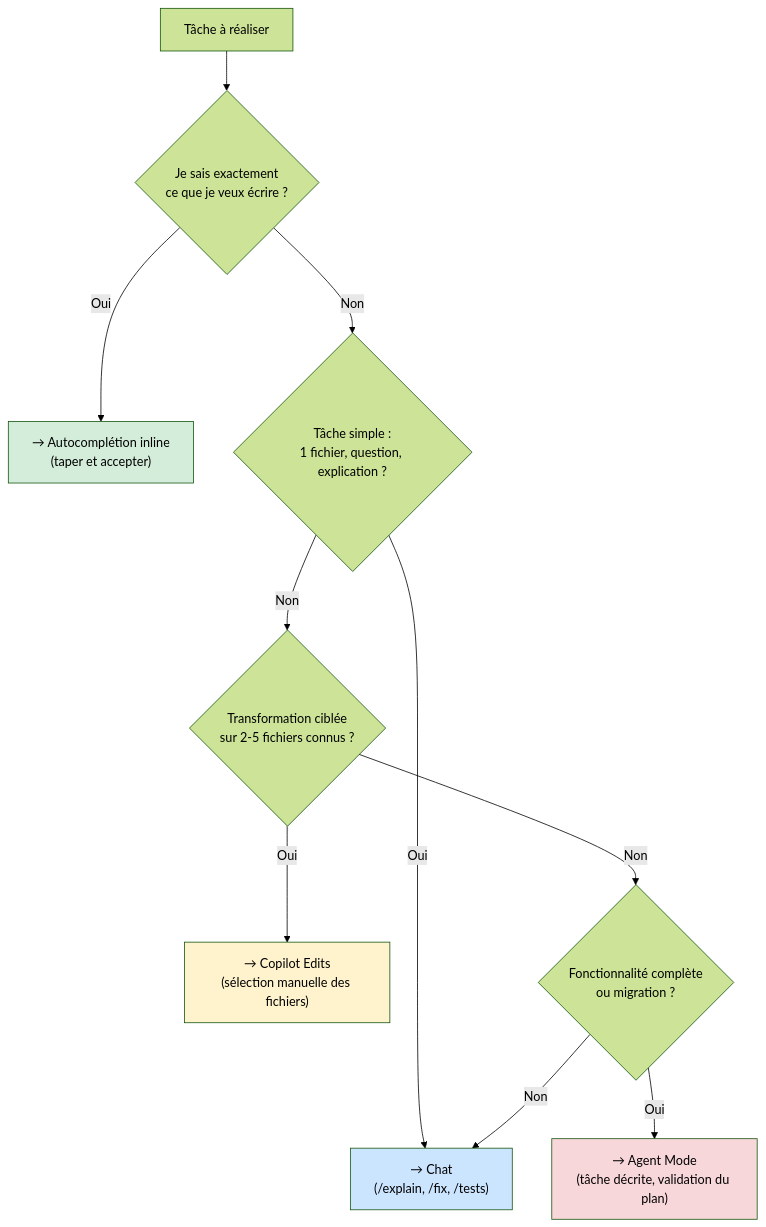
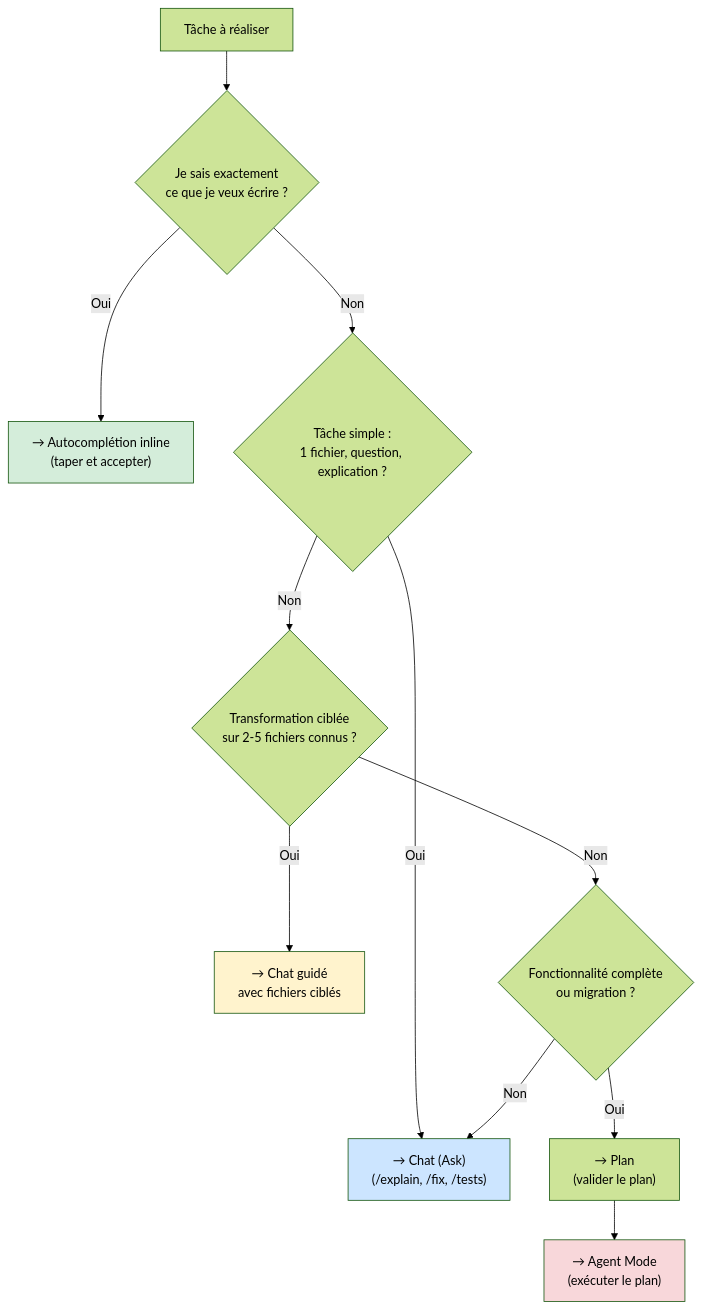
Before and after one commit to FTurleque/doc-utilisation-ia: the diagram in docs/chapitre-12-couts-gouvernance/modes-quand-utiliser.md, drawn with Mermaid (forest theme). The commit also changed other lines of this file and 30 other files, not shown here.

````diff
--- a/docs/chapitre-12-couts-gouvernance/modes-quand-utiliser.md
+++ b/docs/chapitre-12-couts-gouvernance/modes-quand-utiliser.md
@@ -121,17 +127,18 @@
 ```mermaid
 graph TD
     A[Tâche à réaliser] --> B{Je sais exactement\nce que je veux écrire ?}
     B -->|Oui| C["→ Autocomplétion inline\n(taper et accepter)"]
     B -->|Non| D{Tâche simple :\n1 fichier, question, explication ?}
-    D -->|Oui| E["→ Chat\n(/explain, /fix, /tests)"]
+    D -->|Oui| E["→ Chat (Ask)\n(/explain, /fix, /tests)"]
     D -->|Non| F{Transformation ciblée\nsur 2-5 fichiers connus ?}
-    F -->|Oui| G["→ Copilot Edits\n(sélection manuelle des fichiers)"]
+    F -->|Oui| G["→ Chat guidé\navec fichiers ciblés"]
     F -->|Non| H{Fonctionnalité complète\nou migration ?}
-    H -->|Oui| I["→ Agent Mode\n(tâche décrite, validation du plan)"]
+    H -->|Oui| P["→ Plan\n(valider le plan)"]
+    P --> I["→ Agent Mode\n(exécuter le plan)"]
     H -->|Non| E
 
     style C fill:#d4edda,color:#000
     style E fill:#cce5ff,color:#000
     style G fill:#fff3cd,color:#000
     style I fill:#f8d7da,color:#000
 ```
````
